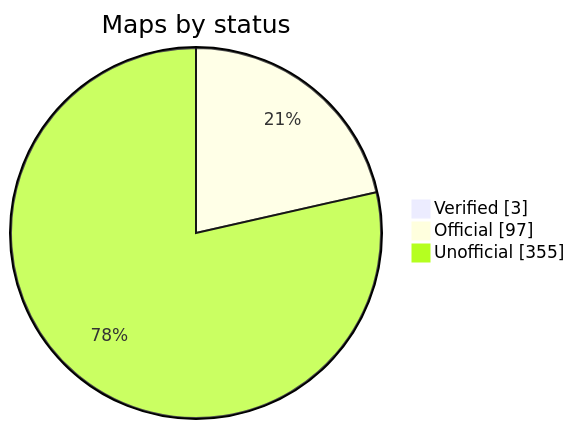
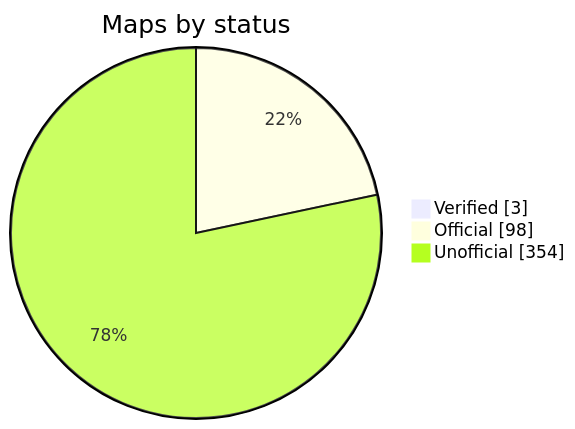
The diagram in README.md (nobrega8/mbmap-library), drawn with Mermaid before and after one commit. The commit also changed 2 other files, not shown here.

Commit message:
Rewrite the Algodue UPM209 map from the user manual
From the Modbus communication protocol part (in English) of Algodue's
UPM209 user manual (Ed2111): every reading as its IEEE float copy,
instrument information with the 80 A direct, CT and Rogowski model
enum, error bits and the general setup including the RTU/ASCII mode.
Marked official.

````diff
--- a/README.md
+++ b/README.md
@@ -48,7 +48,7 @@
 ```mermaid
 pie showData
     title Maps by status
     "Verified" : 3
-    "Official" : 97
-    "Unofficial" : 355
+    "Official" : 98
+    "Unofficial" : 354
 ```
````
